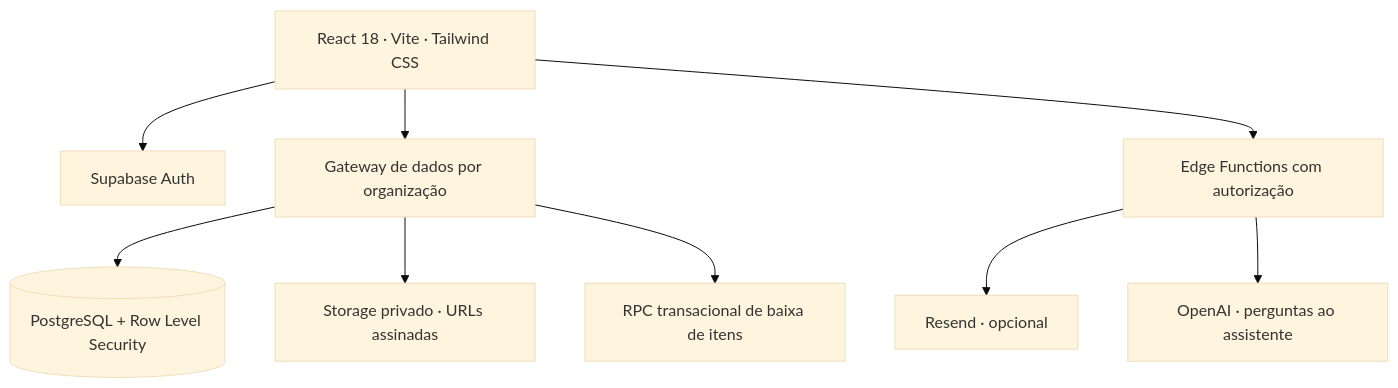
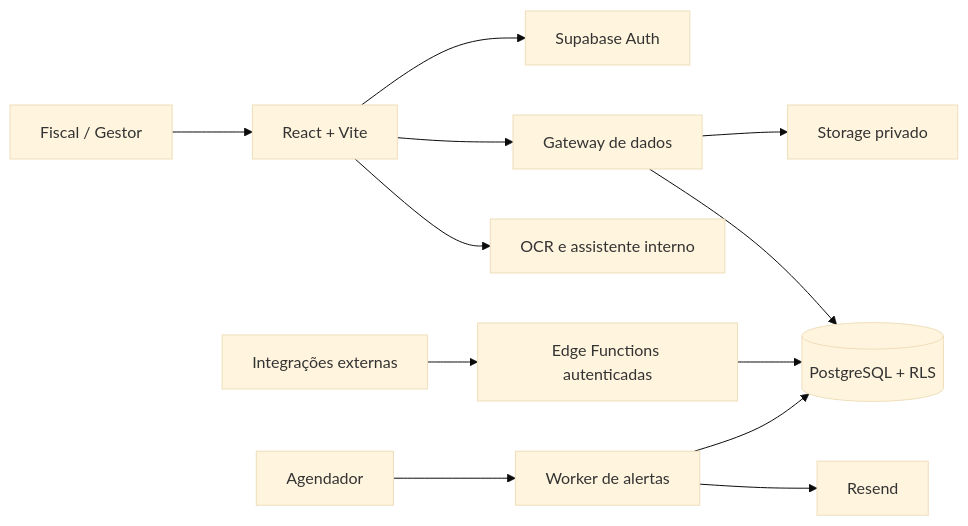
One commit to WalterMatheusgg/Licits changed the diagram in README.md. Above: the diagram before and after it, drawn with Mermaid (base theme). The commit also changed other lines of this file, not shown here.

Commit message:
docs(readme): improve NexoFiscal onboarding, Supabase troubleshooting and feature guide

```diff
--- a/README.md
+++ b/README.md
@@ -63,11 +239,14 @@
 ~~~mermaid
-flowchart TD
-    UI["React 18 · Vite · Tailwind CSS"] --> AUTH["Supabase Auth"]
-    UI --> GATE["Gateway de dados por organização"]
-    GATE --> DB[("PostgreSQL + Row Level Security")]
-    GATE --> STORAGE["Storage privado · URLs assinadas"]
-    GATE --> RPC["RPC transacional de baixa de itens"]
-    UI --> EDGE["Edge Functions com autorização"]
-    EDGE --> EMAIL["Resend · opcional"]
-    EDGE --> IA["OpenAI · perguntas ao assistente"]
+flowchart LR
+    P["Fiscal / Gestor"] --> UI["React + Vite"]
+    UI --> AUTH["Supabase Auth"]
+    UI --> G["Gateway de dados"]
+    G --> DB[("PostgreSQL + RLS")]
+    G --> ST["Storage privado"]
+    UI --> LOCAL["OCR e assistente interno"]
+    ERP["Integrações externas"] --> EDGE["Edge Functions autenticadas"]
+    EDGE --> DB
+    CRON["Agendador"] --> EMAIL["Worker de alertas"]
+    EMAIL --> DB
+    EMAIL --> RESEND["Resend"]
 ~~~
```
